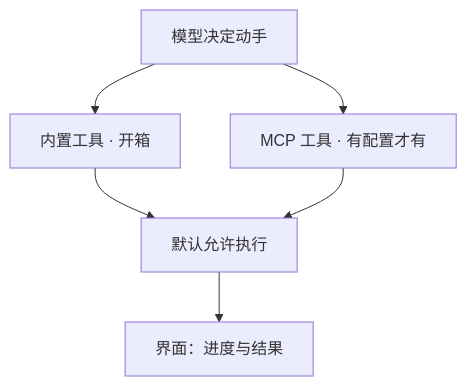
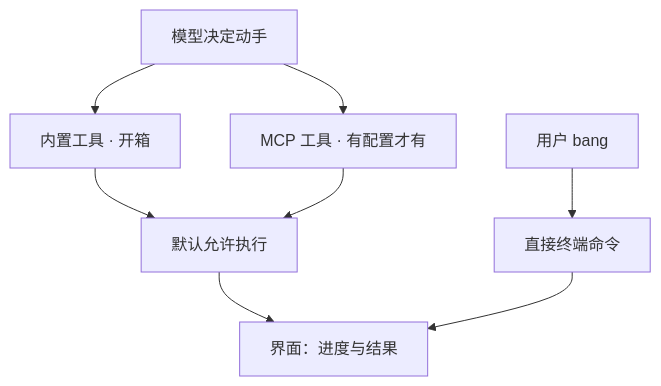
One commit to StrayDragon/xylitol changed the diagram in docs/architecture/工具与权限.md. Above: the diagram before and after it, drawn with Mermaid. The commit also changed other lines of this file and 31 other files, not shown here.

````diff
--- a/docs/architecture/工具与权限.md
+++ b/docs/architecture/工具与权限.md
@@ -14,8 +18,10 @@
 ```mermaid
 flowchart TB
   Model["模型决定动手"] --> Builtin["内置工具 · 开箱"]
   Model --> MCP["MCP 工具 · 有配置才有"]
+  User["用户 bang"] --> Shell["直接终端命令"]
   Builtin --> Allow["默认允许执行"]
   MCP --> Allow
   Allow --> UI["界面：进度与结果"]
+  Shell --> UI
 ```
````
